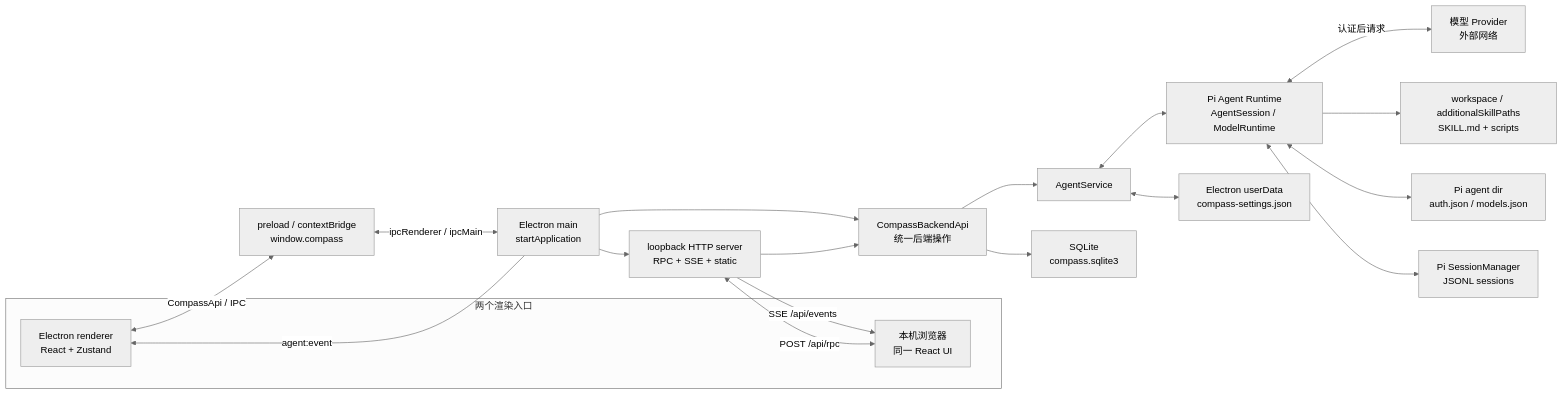
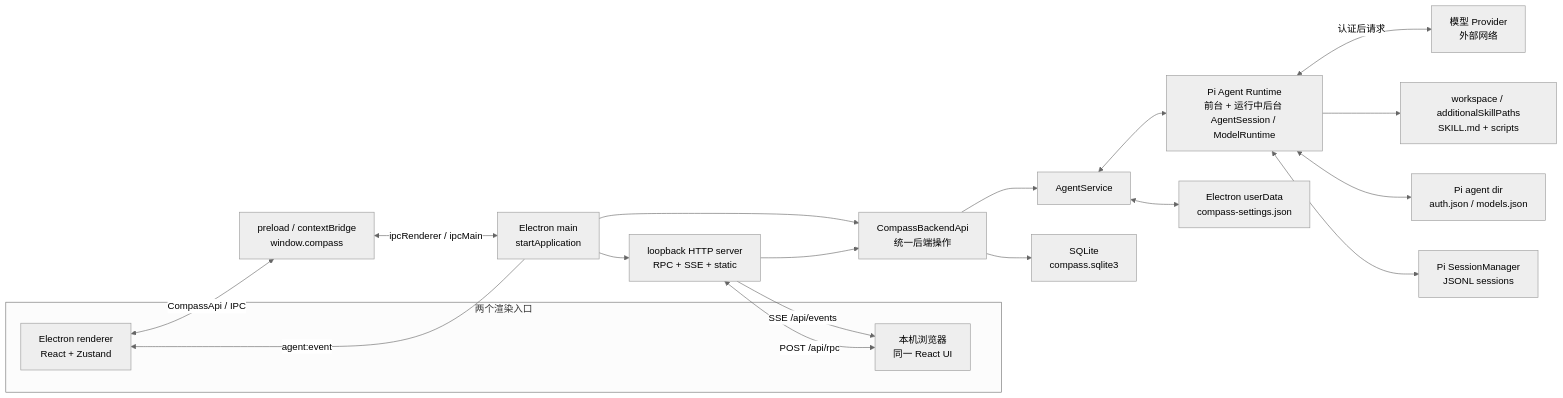
Before and after one commit to JiangYain/MoRos: the first of 2 diagrams in PROJECT_CONTEXT.md, drawn with Mermaid (neutral theme). The commit also changed other lines of this file and 74 other files, not shown here.

````diff
--- a/PROJECT_CONTEXT.md
+++ b/PROJECT_CONTEXT.md
@@ -126,37 +127,37 @@
 ```mermaid
 flowchart LR
   subgraph UI["两个渲染入口"]
     ER["Electron renderer<br/>React + Zustand"]
     BR["本机浏览器<br/>同一 React UI"]
   end
 
   PRE["preload / contextBridge<br/>window.compass"]
   MAIN["Electron main<br/>startApplication"]
   API["CompassBackendApi<br/>统一后端操作"]
   WEB["loopback HTTP server<br/>RPC + SSE + static"]
   AGENT["AgentService"]
-  PI["Pi Agent Runtime<br/>AgentSession / ModelRuntime"]
+  PI["Pi Agent Runtime<br/>前台 + 运行中后台 AgentSession / ModelRuntime"]
   PROVIDER["模型 Provider<br/>外部网络"]
   SKILLS["workspace / additionalSkillPaths<br/>SKILL.md + scripts"]
   SETTINGS["Electron userData<br/>compass-settings.json"]
   AUTH["Pi agent dir<br/>auth.json / models.json"]
   DB["SQLite<br/>compass.sqlite3"]
   SESSIONS["Pi SessionManager<br/>JSONL sessions"]
 
   ER <-->|"CompassApi / IPC"| PRE
   PRE <-->|"ipcRenderer / ipcMain"| MAIN
   BR <-->|"POST /api/rpc"| WEB
   WEB -- "SSE /api/events" --> BR
   MAIN --> API
   WEB --> API
   API --> AGENT
   API --> DB
   MAIN --> WEB
   AGENT <--> PI
   PI <-->|"认证后请求"| PROVIDER
   PI --> SKILLS
   AGENT <--> SETTINGS
   PI <--> AUTH
   PI <--> SESSIONS
   MAIN -- "agent:event" --> ER
 ```
````
